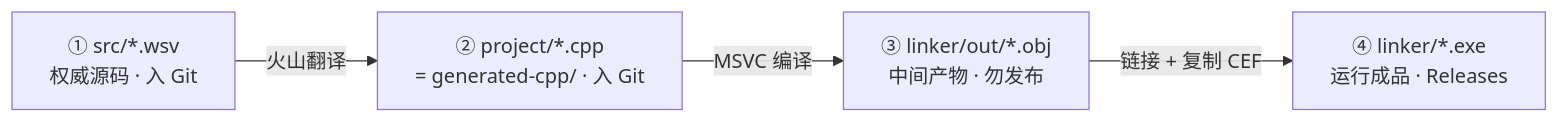
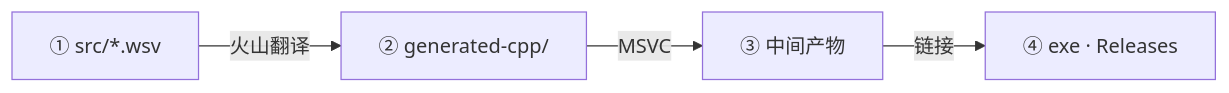
The third of 3 diagrams in README.md (AI-XiaoDao/ai-browser-mcp), drawn with Mermaid before and after one commit. The commit also changed other lines of this file and 8 other files, not shown here.

````diff
--- a/README.md
+++ b/README.md
@@ -424,11 +429,11 @@
 ```mermaid
 flowchart LR
-  A["① src/*.wsv\n权威源码 · 入 Git"]
-  B["② project/*.cpp\n= generated-cpp/ · 入 Git"]
-  C["③ linker/out/*.obj\n中间产物 · 勿发布"]
-  D["④ linker/*.exe\n运行成品 · Releases"]
+  A["① src/*.wsv"]
+  B["② generated-cpp/"]
+  C["③ 中间产物"]
+  D["④ exe · Releases"]
 
   A -->|火山翻译| B
-  B -->|MSVC 编译| C
-  C -->|链接 + 复制 CEF| D
+  B -->|MSVC| C
+  C -->|链接| D
 ```
````
